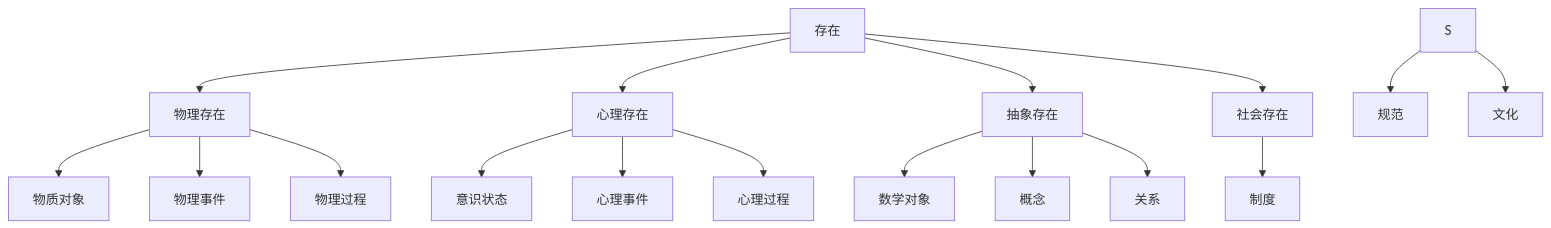
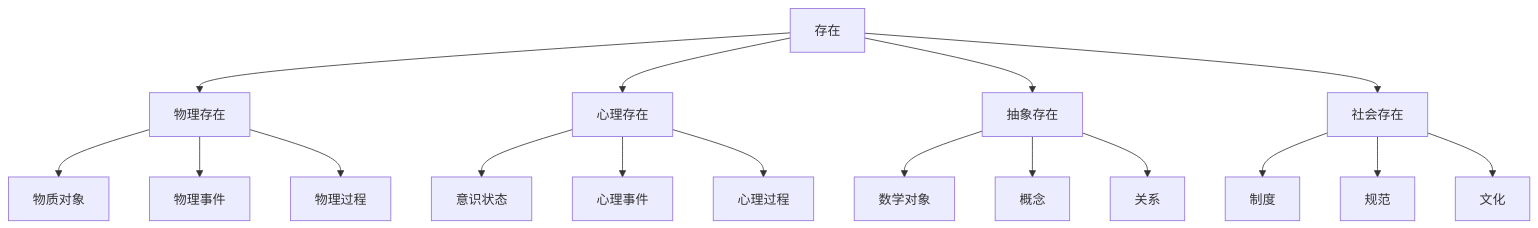
One commit to AdaMartin18010/FormalScience changed the first of 2 diagrams in docs/Refactor/08_Philosophy_Science/01_Metaphysics/Cross_Cutting_Concepts/01_Existence_Theory.md. Above: the diagram before and after it, drawn with Mermaid. The commit also changed other lines of this file and 74 other files, not shown here.

````diff
--- a/docs/Refactor/08_Philosophy_Science/01_Metaphysics/Cross_Cutting_Concepts/01_Existence_Theory.md
+++ b/docs/Refactor/08_Philosophy_Science/01_Metaphysics/Cross_Cutting_Concepts/01_Existence_Theory.md
@@ -108,23 +110,19 @@
 ```mermaid
 graph TD
     A[存在] --> B[物理存在]
     A --> C[心理存在]
     A --> D[抽象存在]
     A --> E[社会存在]
-    
     B --> B1[物质对象]
     B --> B2[物理事件]
     B --> B3[物理过程]
-    
     C --> C1[意识状态]
     C --> C2[心理事件]
     C --> C3[心理过程]
-    
     D --> D1[数学对象]
     D --> D2[概念]
     D --> D3[关系]
-    
     E --> S1[制度]
-    S --> S2[规范]
-    S --> S3[文化]
+    E --> S2[规范]
+    E --> S3[文化]
 ```
````
